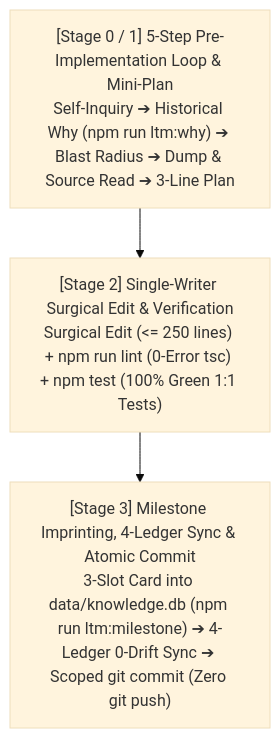
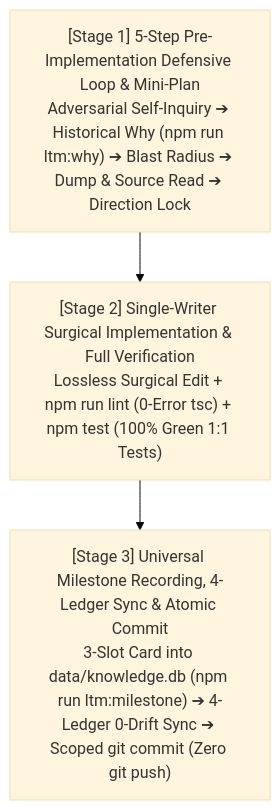
One commit to jinseobhong/eterna-luminas changed the diagram in .agents/skills/regular-track/SKILL.md. Above: the diagram before and after it, drawn with Mermaid (base theme). The commit also changed other lines of this file, not shown here.

Commit message:
fix(skill): restore full 72-line body in regular-track SKILL.md while keeping 1-line description

````diff
--- a/.agents/skills/regular-track/SKILL.md
+++ b/.agents/skills/regular-track/SKILL.md
@@ -14,5 +14,5 @@
 ```mermaid
 flowchart TD
-    S0["[Stage 0 / 1] 5-Step Pre-Implementation Loop & Mini-Plan<br/>Self-Inquiry ➔ Historical Why (npm run ltm:why) ➔ Blast Radius ➔ Dump & Source Read ➔ 3-Line Plan"] --> S2["[Stage 2] Single-Writer Surgical Edit & Verification<br/>Surgical Edit (<= 250 lines) + npm run lint (0-Error tsc) + npm test (100% Green 1:1 Tests)"]
-    S2 --> S3["[Stage 3] Milestone Imprinting, 4-Ledger Sync & Atomic Commit<br/>3-Slot Card into data/knowledge.db (npm run ltm:milestone) ➔ 4-Ledger 0-Drift Sync ➔ Scoped git commit (Zero git push)"]
+    S1["[Stage 1] 5-Step Pre-Implementation Defensive Loop & Mini-Plan<br/>Adversarial Self-Inquiry ➔ Historical Why (npm run ltm:why) ➔ Blast Radius ➔ Dump & Source Read ➔ Direction Lock"] --> S2["[Stage 2] Single-Writer Surgical Implementation & Full Verification<br/>Lossless Surgical Edit + npm run lint (0-Error tsc) + npm test (100% Green 1:1 Tests)"]
+    S2 --> S3["[Stage 3] Universal Milestone Recording, 4-Ledger Sync & Atomic Commit<br/>3-Slot Card into data/knowledge.db (npm run ltm:milestone) ➔ 4-Ledger 0-Drift Sync ➔ Scoped git commit (Zero git push)"]
 ```
````
